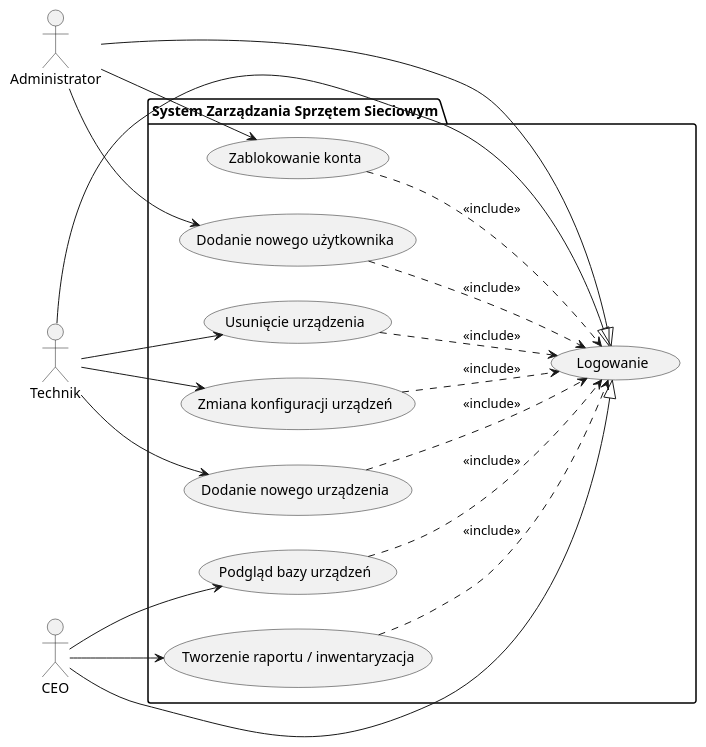
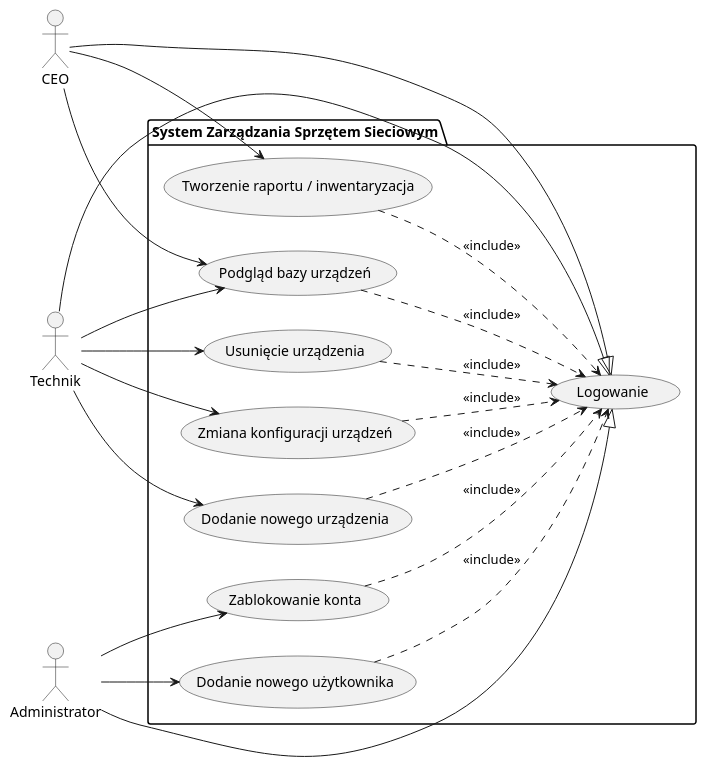
One commit to backslashN10/po2025 changed the diagram in routerPOL/docs/diagrams/use_case_diagram.wsd. Above: the diagram before and after it, drawn with PlantUML.

Commit message:
fix use case diagram

```diff
--- a/routerPOL/docs/diagrams/use_case_diagram.wsd
+++ b/routerPOL/docs/diagrams/use_case_diagram.wsd
@@ -1,45 +1,46 @@
 @startuml
 left to right direction
 actor "Technik" as User
 actor "CEO" as Emp
 actor "Administrator" as Admin
 
 package "System Zarządzania Sprzętem Sieciowym" {
 
   usecase "Logowanie" as UC_Login
 
   usecase "Zmiana konfiguracji urządzeń" as UC_ChangeConfig
   usecase "Dodanie nowego urządzenia" as UC_AddDevice
   usecase "Usunięcie urządzenia" as UC_RemoveDevice
 
   usecase "Tworzenie raportu / inwentaryzacja" as UC_CreateReport
   usecase "Podgląd bazy urządzeń" as UC_ViewInventory
 
   usecase "Dodanie nowego użytkownika" as UC_AddUser
   usecase "Zablokowanie konta" as UC_BlockUser
 }
 
 User --|> UC_Login
 Emp --|> UC_Login
 Admin --|> UC_Login
 
 User --> UC_ChangeConfig
 User --> UC_AddDevice
 User --> UC_RemoveDevice
+User --> UC_ViewInventory
 
 Emp --> UC_CreateReport
 Emp --> UC_ViewInventory
 
 Admin --> UC_AddUser
 Admin --> UC_BlockUser
 
 ' te funkcje wymagają zalogowania
 UC_RemoveDevice ..> UC_Login : <<include>>
 UC_ViewInventory ..> UC_Login : <<include>>
 UC_ChangeConfig ..> UC_Login : <<include>>
 UC_BlockUser ..> UC_Login : <<include>>
 UC_AddDevice ..> UC_Login : <<include>>
 UC_CreateReport ..> UC_Login : <<include>>
 UC_AddUser ..> UC_Login : <<include>>
 
 @enduml
```
